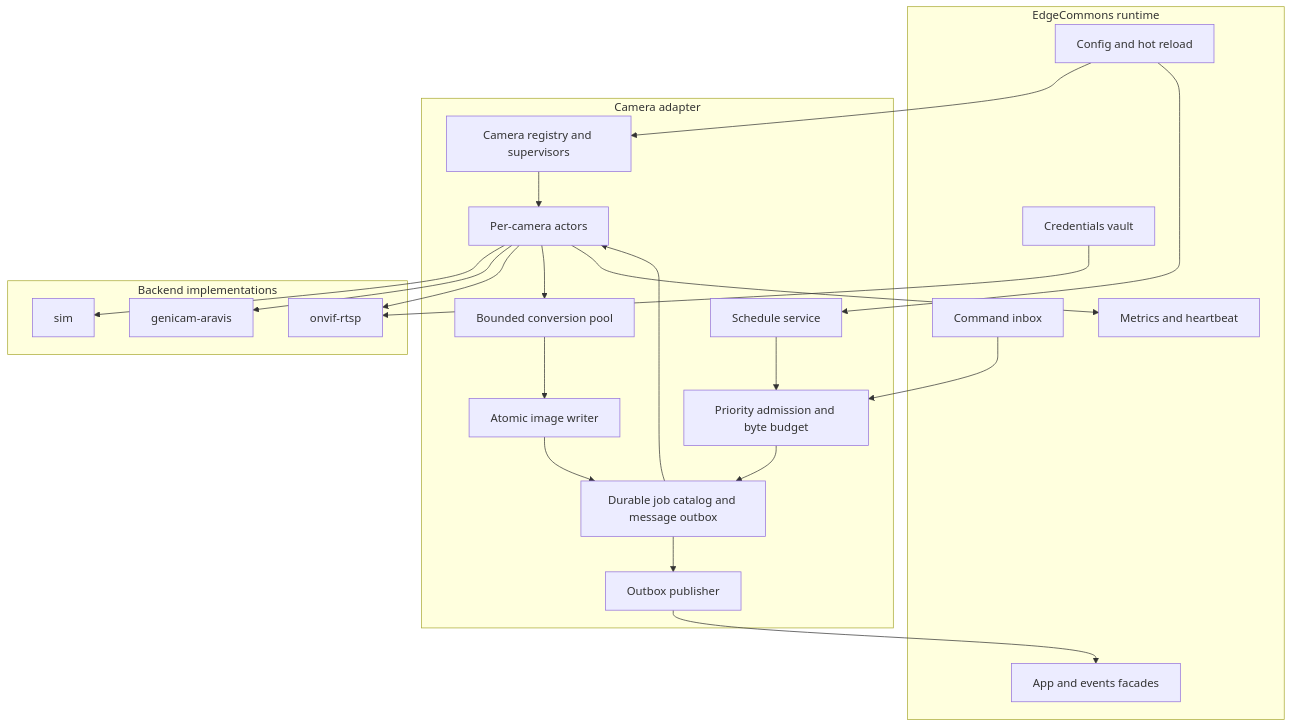
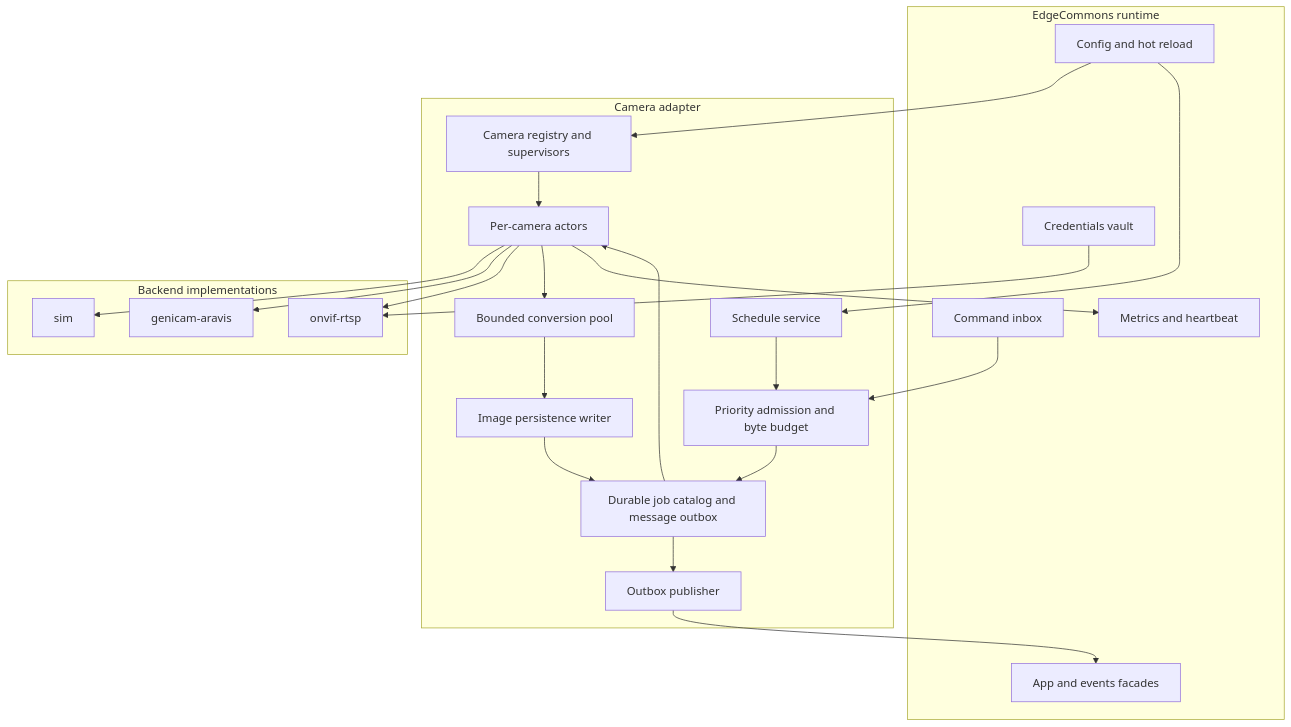
One commit to edgecommons/camera-adapter changed the second of 15 diagrams in DESIGN.md. Above: the diagram before and after it, drawn with Mermaid. The commit also changed other lines of this file and 75 other files, not shown here.

````diff
--- a/DESIGN.md
+++ b/DESIGN.md
@@ -162,45 +162,45 @@
 ```mermaid
 flowchart TB
   subgraph EdgeCommons["EdgeCommons runtime"]
     Config["Config and hot reload"]
     Commands["Command inbox"]
     Facades["App and events facades"]
     Metrics["Metrics and heartbeat"]
     Credentials["Credentials vault"]
   end
 
   subgraph Adapter["Camera adapter"]
     Registry["Camera registry and supervisors"]
     Scheduler["Schedule service"]
     Admission["Priority admission and byte budget"]
     Jobs["Durable job catalog and message outbox"]
     Workers["Per-camera actors"]
     Encoder["Bounded conversion pool"]
-    Writer["Atomic image writer"]
+    Writer["Image persistence writer"]
     Publisher["Outbox publisher"]
   end
 
   subgraph Backends["Backend implementations"]
     Sim["sim"]
     Genicam["genicam-aravis"]
     Onvif["onvif-rtsp"]
   end
 
   Config --> Registry
   Config --> Scheduler
   Commands --> Admission
   Scheduler --> Admission
   Admission --> Jobs
   Jobs --> Workers
   Registry --> Workers
   Workers --> Sim
   Workers --> Genicam
   Workers --> Onvif
   Workers --> Encoder
   Encoder --> Writer
   Writer --> Jobs
   Jobs --> Publisher
   Publisher --> Facades
   Workers --> Metrics
   Credentials --> Onvif
 ```
````
